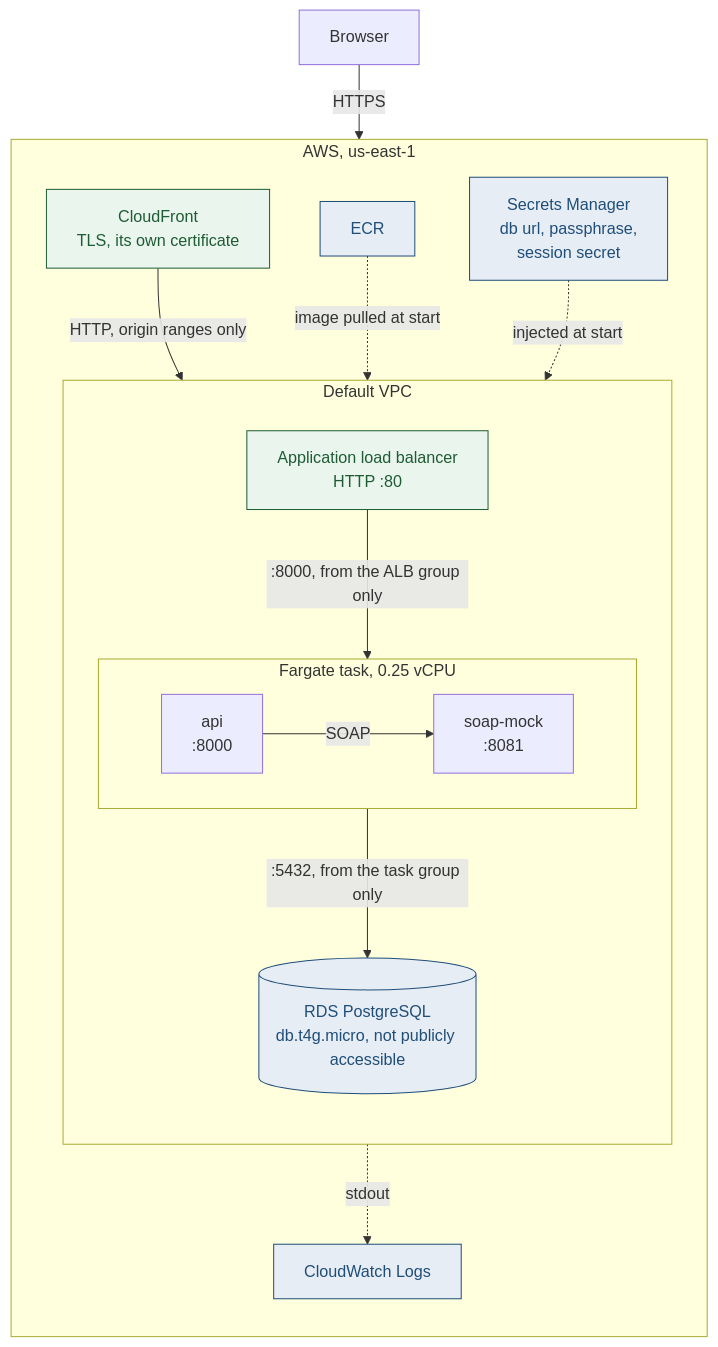
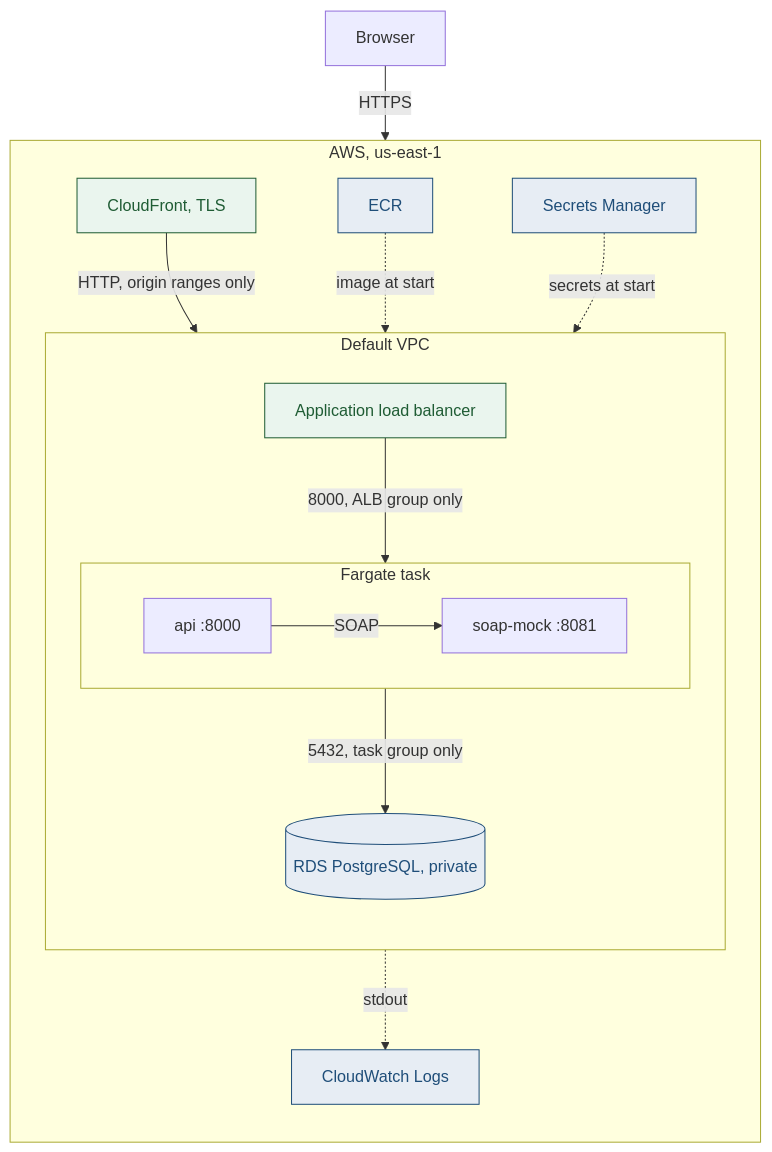
The second of 2 diagrams in README.md (hworku24/permit-review-workflow), drawn with Mermaid before and after one commit. The commit also changed other lines of this file and 1 other file, not shown here.

First line of the commit message:
Short labels in the diagrams, detail in a table beside them

````diff
--- a/README.md
+++ b/README.md
@@ -221,40 +221,40 @@
 ```mermaid
 flowchart TB
     browser["Browser"]
 
     subgraph aws["AWS, us-east-1"]
         direction TB
-        cf["CloudFront<br/>TLS, its own certificate"]
+        cf["CloudFront, TLS"]
 
         subgraph vpc["Default VPC"]
             direction TB
-            alb["Application load balancer<br/>HTTP :80"]
+            alb["Application load balancer"]
 
-            subgraph task["Fargate task, 0.25 vCPU"]
+            subgraph task["Fargate task"]
                 direction LR
-                capi["api<br/>:8000"]
-                csoap["soap-mock<br/>:8081"]
+                capi["api :8000"]
+                csoap["soap-mock :8081"]
             end
 
-            rds[("RDS PostgreSQL<br/>db.t4g.micro, not publicly accessible")]
+            rds[("RDS PostgreSQL, private")]
         end
 
         ecr["ECR"]
-        sm["Secrets Manager<br/>db url, passphrase,<br/>session secret"]
+        sm["Secrets Manager"]
         logs["CloudWatch Logs"]
     end
 
     browser -- "HTTPS" --> cf
     cf -- "HTTP, origin ranges only" --> alb
-    alb -- ":8000, from the ALB group only" --> capi
-    capi -- ":5432, from the task group only" --> rds
+    alb -- "8000, ALB group only" --> capi
+    capi -- "5432, task group only" --> rds
     capi -- "SOAP" --> csoap
-    ecr -. "image pulled at start" .-> task
-    sm -. "injected at start" .-> task
+    ecr -. "image at start" .-> task
+    sm -. "secrets at start" .-> task
     task -. "stdout" .-> logs
 
     classDef edge fill:#eaf5ee,stroke:#1f5c34,color:#1f5c34
     classDef store fill:#e7edf4,stroke:#1f4e79,color:#1f4e79
     class cf,alb edge
     class rds,ecr,sm,logs store
 ```
````
